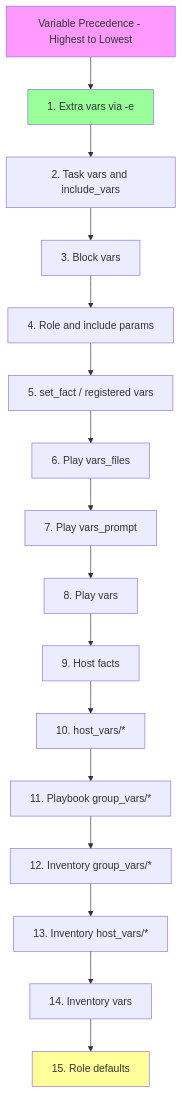
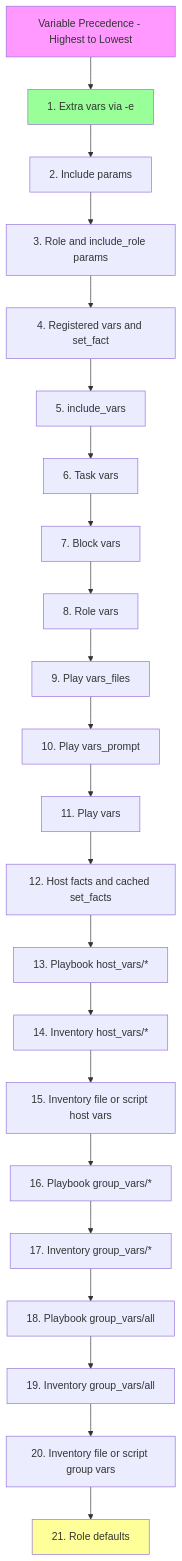
Before and after one commit to OneUptime/blog: the second of 2 diagrams in posts/2026-01-24-ansible-inventory-groups/README.md, drawn with Mermaid. The commit also changed other lines of this file and 4262 other files, not shown here.

````diff
--- a/posts/2026-01-24-ansible-inventory-groups/README.md
+++ b/posts/2026-01-24-ansible-inventory-groups/README.md
@@ -436,22 +441,28 @@
 ```mermaid
 flowchart TB
     A[Variable Precedence - Highest to Lowest] --> B[1. Extra vars via -e]
-    B --> C[2. Task vars and include_vars]
-    C --> D[3. Block vars]
-    D --> E[4. Role and include params]
-    E --> F[5. set_fact / registered vars]
-    F --> G[6. Play vars_files]
-    G --> H[7. Play vars_prompt]
-    H --> I[8. Play vars]
-    I --> J[9. Host facts]
-    J --> K[10. host_vars/*]
-    K --> L[11. Playbook group_vars/*]
-    L --> M[12. Inventory group_vars/*]
-    M --> N[13. Inventory host_vars/*]
-    N --> O[14. Inventory vars]
-    O --> P[15. Role defaults]
+    B --> C[2. Include params]
+    C --> D[3. Role and include_role params]
+    D --> E[4. Registered vars and set_fact]
+    E --> F[5. include_vars]
+    F --> G[6. Task vars]
+    G --> H[7. Block vars]
+    H --> I[8. Role vars]
+    I --> J[9. Play vars_files]
+    J --> K[10. Play vars_prompt]
+    K --> L[11. Play vars]
+    L --> M[12. Host facts and cached set_facts]
+    M --> N[13. Playbook host_vars/*]
+    N --> O[14. Inventory host_vars/*]
+    O --> P[15. Inventory file or script host vars]
+    P --> Q[16. Playbook group_vars/*]
+    Q --> R[17. Inventory group_vars/*]
+    R --> S[18. Playbook group_vars/all]
+    S --> T[19. Inventory group_vars/all]
+    T --> U[20. Inventory file or script group vars]
+    U --> V[21. Role defaults]
 
     style A fill:#f9f
     style B fill:#9f9
-    style P fill:#ff9
+    style V fill:#ff9
 ```
````
